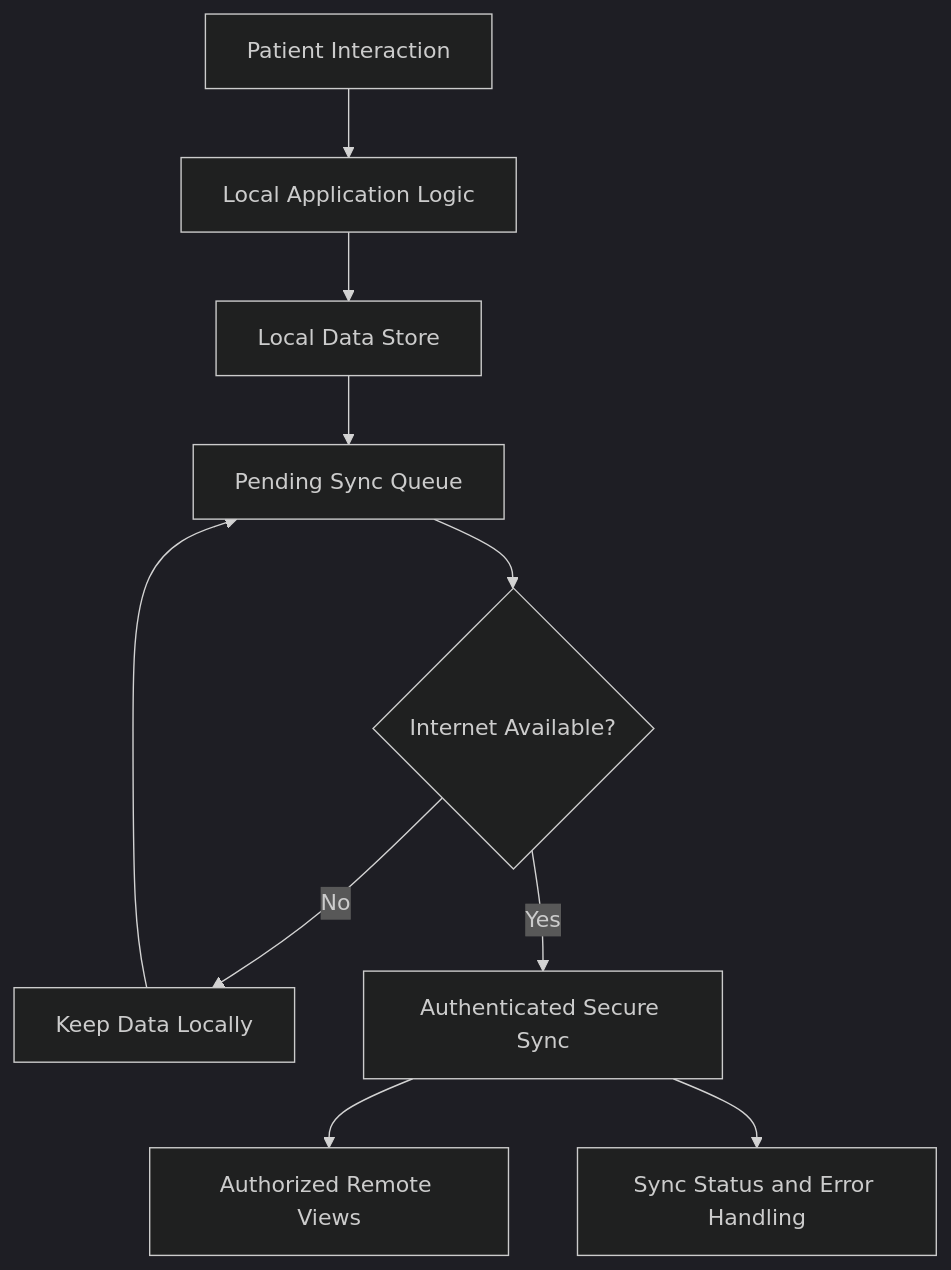
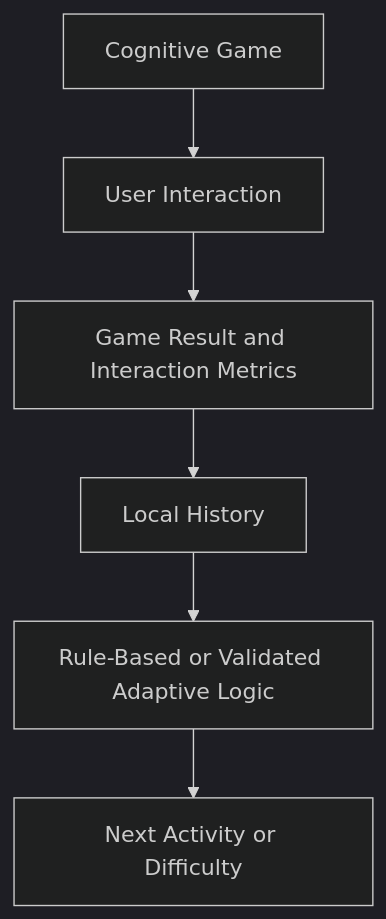
Before and after one commit to PRITAMADAK11052004/SMARAN_Asymptotics_SIH26003: the fourth of 4 diagrams in README.md, drawn with Mermaid (dark theme). The commit also changed other lines of this file, not shown here.

````diff
--- a/README.md
+++ b/README.md
@@ -294,12 +384,8 @@
 ```mermaid
 flowchart TD
-    A[Patient Interaction] --> B[Local Application Logic]
-    B --> C[Local Data Store]
-    C --> D[Pending Sync Queue]
-    D --> E{Internet Available?}
-    E -- No --> F[Keep Data Locally]
-    F --> D
-    E -- Yes --> G[Authenticated Secure Sync]
-    G --> H[Authorized Remote Views]
-    G --> I[Sync Status and Error Handling]
+    A["Cognitive Game"] --> B["User Interaction"]
+    B --> C["Game Result and Interaction Metrics"]
+    C --> D["Local History"]
+    D --> E["Rule-Based or Validated Adaptive Logic"]
+    E --> F["Next Activity or Difficulty"]
 ```
````
